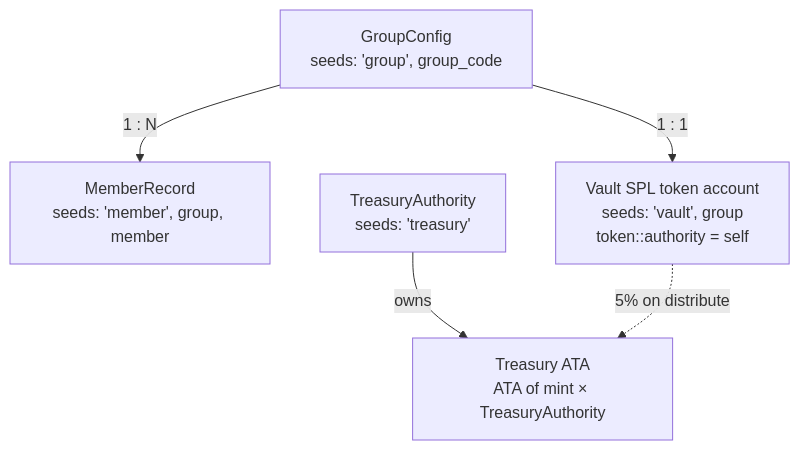
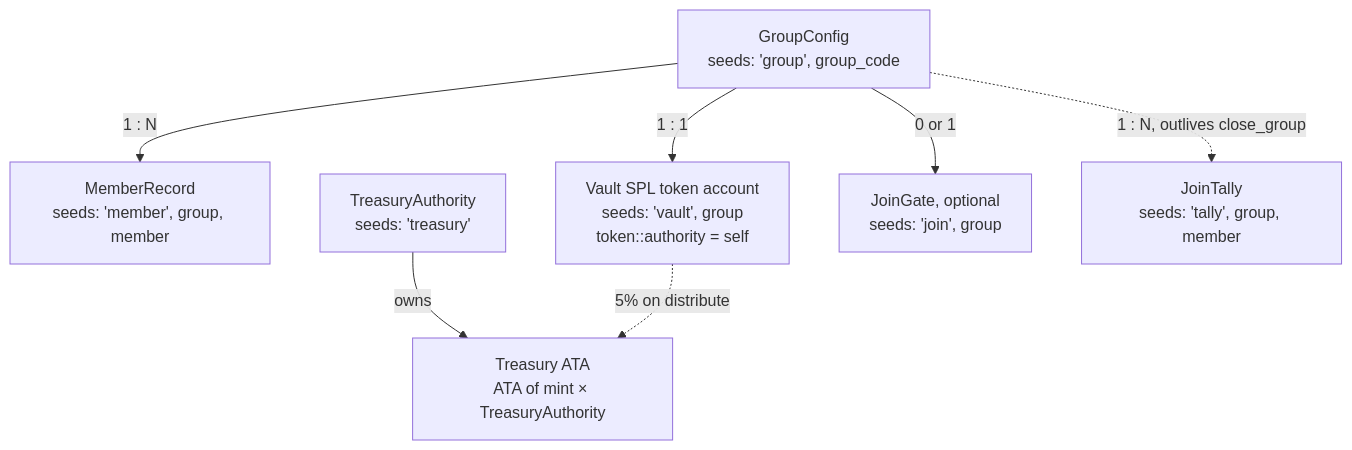
Before and after one commit to davigiroux/safenudge.xyz: the third of 3 diagrams in README.md, drawn with Mermaid. The commit also changed other lines of this file and 2 other files, not shown here.

Commit message:
docs: JoinTally account, close_join_tally and ADR-0004

````diff
--- a/README.md
+++ b/README.md
@@ -90,13 +90,17 @@
 ```mermaid
 flowchart TB
     GC[GroupConfig<br/>seeds: 'group', group_code]
     MR[MemberRecord<br/>seeds: 'member', group, member]
     V[Vault SPL token account<br/>seeds: 'vault', group<br/>token::authority = self]
     TA[TreasuryAuthority<br/>seeds: 'treasury']
     TT[Treasury ATA<br/>ATA of mint × TreasuryAuthority]
+    JG[JoinGate, optional<br/>seeds: 'join', group]
+    JT[JoinTally<br/>seeds: 'tally', group, member]
 
     GC -->|1 : N| MR
+    GC -->|0 or 1| JG
+    GC -.->|1 : N, outlives close_group| JT
     GC -->|1 : 1| V
     TA -->|owns| TT
     V -.->|5% on distribute| TT
 ```
````
